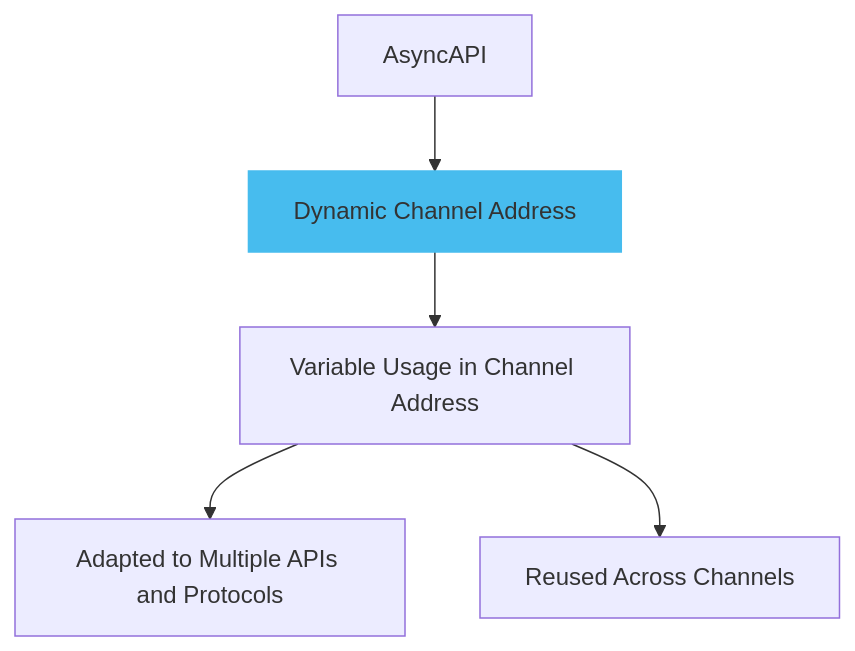
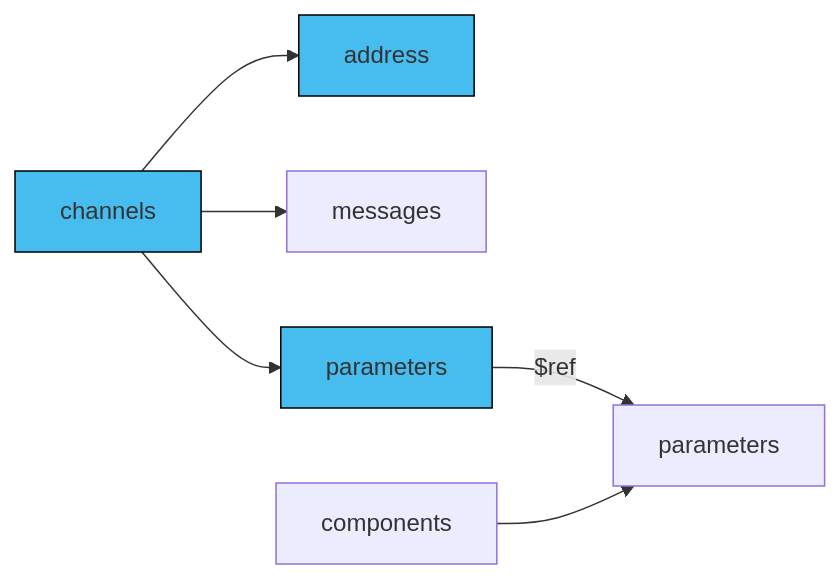
Before and after one commit to asyncapi/website: the diagram in pages/docs/concepts/asyncapi-document/dynamic-channel-address.md, drawn with Mermaid. The commit also changed other lines of this file, not shown here.

````diff
--- a/pages/docs/concepts/asyncapi-document/dynamic-channel-address.md
+++ b/pages/docs/concepts/asyncapi-document/dynamic-channel-address.md
@@ -10,15 +14,18 @@
 ```mermaid
-      graph TD
-      A[AsyncAPI]
-      B[Dynamic Channel Address]
-      D[Variable Usage in Channel Address]
-      E[Adapted to Multiple APIs and Protocols]
-      F[Reused Across Channels]
-
-      style B fill:#47BCEE,stroke:#47BCEE;
-
-      A --> B
-      B --> D
-      D --> E
-      D --> F
+graph LR
+  C[channels]
+  F[address]
+  I[messages]
+  A[components]
+  B[parameters]
+  D[parameters]
+  C --> F
+  C --> I
+  C --> D
+  D --> |$ref| B
+  A --> B
+  
+  style C fill:#47BCEE,stroke:#000;
+  style D fill:#47BCEE,stroke:#000;
+  style F fill:#47BCEE,stroke:#000;
 ```
````
